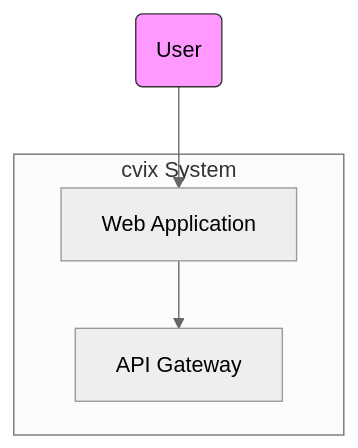
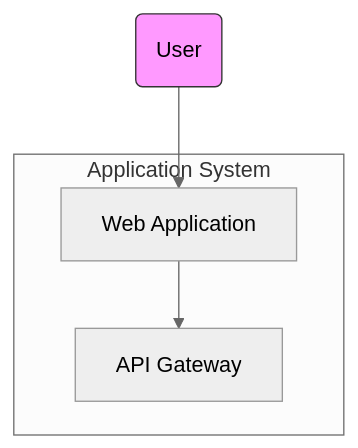
Before and after one commit to dallay/starter-gradle: the diagram in .agents/skills/c4-diagrams/assets/mermaid-example.mmd, drawn with Mermaid (neutral theme). The commit also changed 20 other files, not shown here.

Commit message:
docs: Update diagram examples and author metadata in SKILL.md

```diff
--- a/.agents/skills/c4-diagrams/assets/mermaid-example.mmd
+++ b/.agents/skills/c4-diagrams/assets/mermaid-example.mmd
@@ -1,11 +1,11 @@
 %% Mermaid C4-style example (assets/mermaid-example.mmd)
 flowchart TB
 %% Context diagram
   User(User):::person
-  subgraph SYSTEM [cvix System]
+  subgraph SYSTEM [Application System]
     WEB["Web Application"]
     API["API Gateway"]
   end
   User --> WEB
   WEB --> API
   classDef person fill: #f9f, stroke: #333, stroke-width: 1px
```
